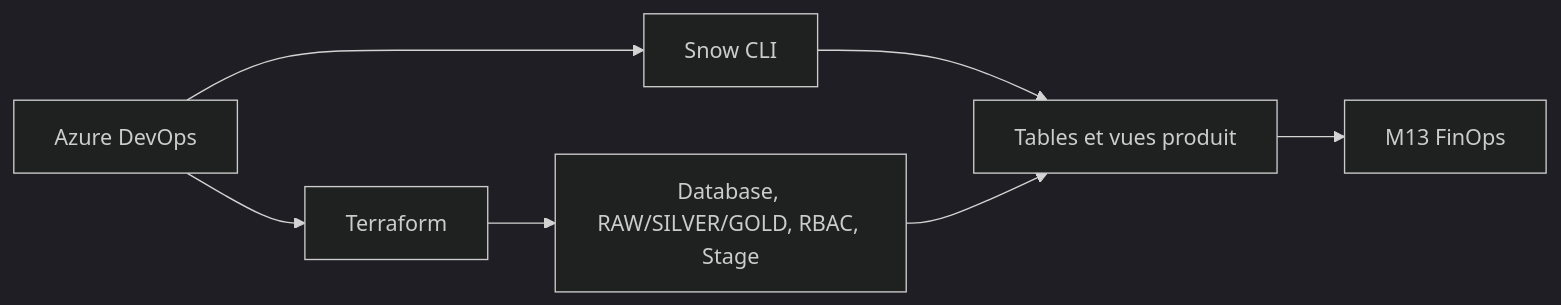
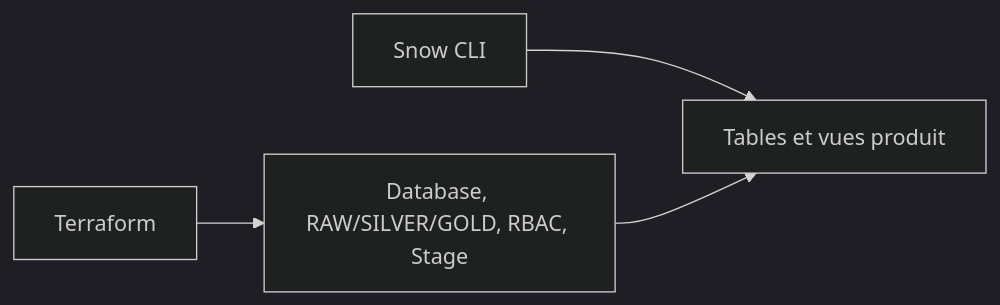
One commit to msellamiTN/Snowflake-terraform changed the diagram in courses/day-04/module-14-data-products/lab.md. Above: the diagram before and after it, drawn with Mermaid (dark theme). The commit also changed other lines of this file and 169 other files, not shown here.

````diff
--- a/courses/day-04/module-14-data-products/lab.md
+++ b/courses/day-04/module-14-data-products/lab.md
@@ -41,9 +47,6 @@
 ```mermaid
 flowchart LR
-    ADO[Azure DevOps] --> TF[Terraform]
-    TF --> STRUCT[Database, RAW/SILVER/GOLD, RBAC, Stage]
-    ADO --> SNOW[Snow CLI]
-    SNOW --> SQL[Tables et vues produit]
+    TF[Terraform] --> STRUCT[Database, RAW/SILVER/GOLD, RBAC, Stage]
+    SNOW[Snow CLI] --> SQL[Tables et vues produit]
     STRUCT --> SQL
-    SQL --> FINOPS[M13 FinOps]
 ```
````
